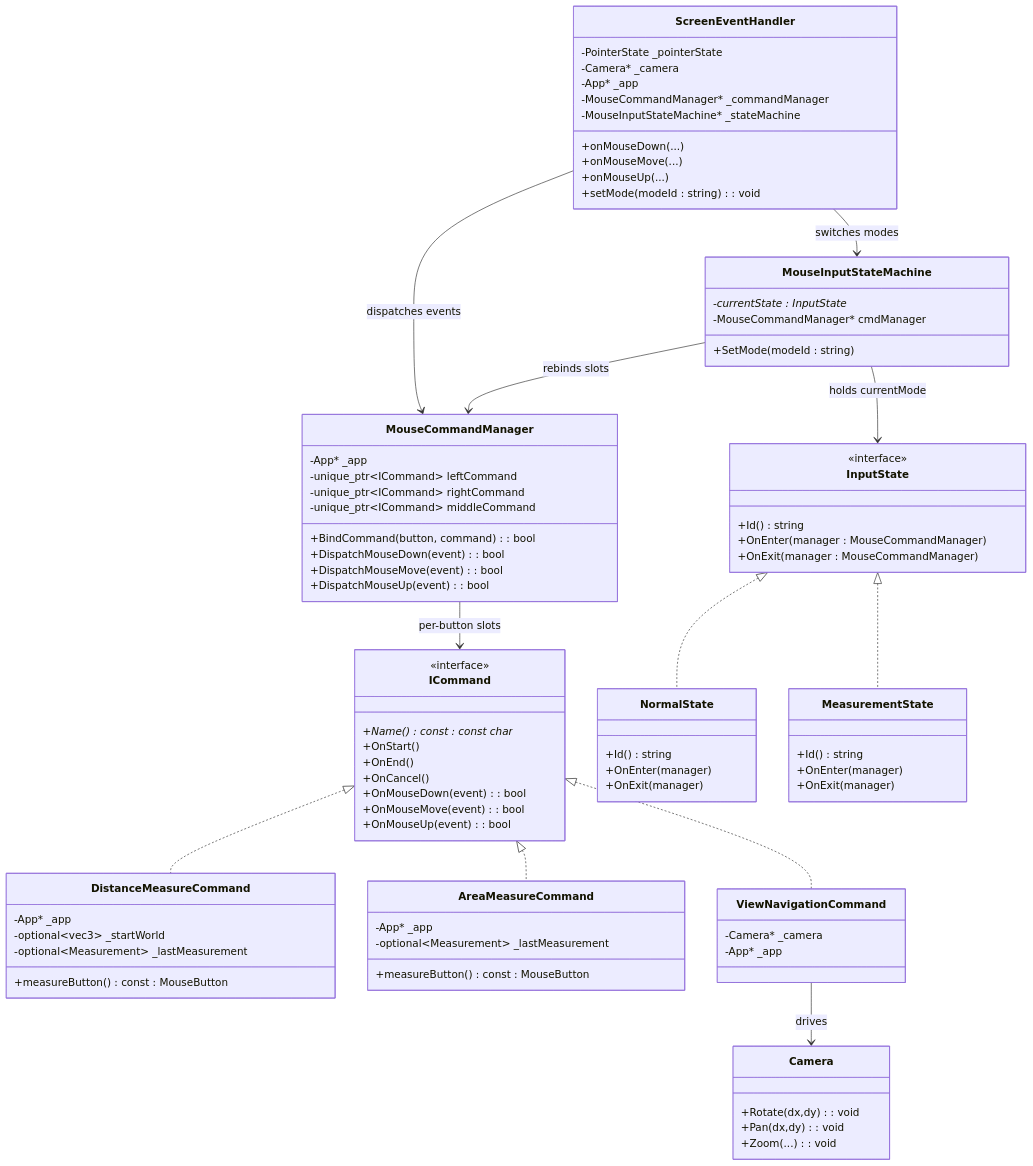
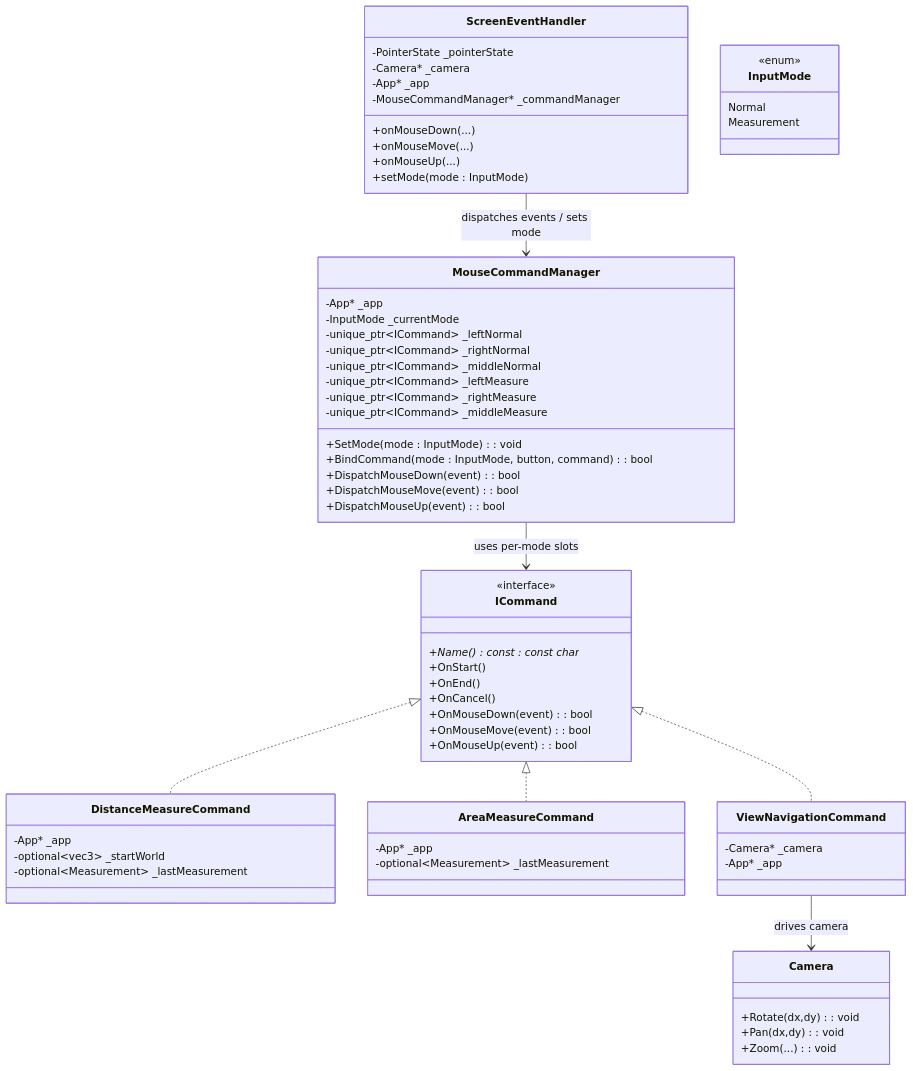
The fifth of 5 diagrams in GraphV3.md (vfa-khaidt1/vfa-cdn), drawn with Mermaid before and after one commit. The commit also changed other lines of this file, not shown here.

````diff
--- a/GraphV3.md
+++ b/GraphV3.md
@@ -255,11 +239,16 @@
         -Camera* _camera
         -App* _app
         -MouseCommandManager* _commandManager
-        -MouseInputStateMachine* _stateMachine
         +onMouseDown(...)
         +onMouseMove(...)
         +onMouseUp(...)
-        +setMode(modeId : string): void
+        +setMode(mode : InputMode)
+    }
+
+    class InputMode {
+        <<enum>>
+        Normal
+        Measurement
     }
 
     class ICommand {
@@ -275,10 +264,15 @@
 
     class MouseCommandManager {
         -App* _app
-        -unique_ptr~ICommand~ leftCommand
-        -unique_ptr~ICommand~ rightCommand
-        -unique_ptr~ICommand~ middleCommand
-        +BindCommand(button, command): bool
+        -InputMode _currentMode
+        -unique_ptr~ICommand~ _leftNormal
+        -unique_ptr~ICommand~ _rightNormal
+        -unique_ptr~ICommand~ _middleNormal
+        -unique_ptr~ICommand~ _leftMeasure
+        -unique_ptr~ICommand~ _rightMeasure
+        -unique_ptr~ICommand~ _middleMeasure
+        +SetMode(mode : InputMode): void
+        +BindCommand(mode : InputMode, button, command): bool
         +DispatchMouseDown(event): bool
         +DispatchMouseMove(event): bool
         +DispatchMouseUp(event): bool
@@ -288,13 +282,11 @@
         -App* _app
         -optional~vec3~ _startWorld
         -optional~Measurement~ _lastMeasurement
-        +measureButton() const : MouseButton
     }
 
     class AreaMeasureCommand {
         -App* _app
         -optional~Measurement~ _lastMeasurement
-        +measureButton() const : MouseButton
     }
 
     class ViewNavigationCommand {
@@ -308,43 +300,12 @@
         +Zoom(...): void
     }
 
-    class InputState {
-        <<interface>>
-        +Id() string
-        +OnEnter(manager : MouseCommandManager)
-        +OnExit(manager : MouseCommandManager)
-    }
-
-    class NormalState {
-        +Id() string
-        +OnEnter(manager)
-        +OnExit(manager)
-    }
-
-    class MeasurementState {
-        +Id() string
-        +OnEnter(manager)
-        +OnExit(manager)
-    }
-
-    class MouseInputStateMachine {
-        -currentState : InputState*
-        -MouseCommandManager* cmdManager
-        +SetMode(modeId : string)
-    }
-
     ICommand <|.. DistanceMeasureCommand
     ICommand <|.. ViewNavigationCommand
     ICommand <|.. AreaMeasureCommand
 
-    ScreenEventHandler --> MouseCommandManager : dispatches events
-    ScreenEventHandler --> MouseInputStateMachine : switches modes
-    MouseCommandManager --> ICommand : per-button slots
-    ViewNavigationCommand --> Camera : drives
+    ScreenEventHandler --> MouseCommandManager : dispatches events / sets mode
+    MouseCommandManager --> ICommand : uses per-mode slots
+    ViewNavigationCommand --> Camera : drives camera
 
-    InputState <|.. NormalState
-    InputState <|.. MeasurementState
-
-    MouseInputStateMachine --> InputState : holds currentMode
-    MouseInputStateMachine --> MouseCommandManager : rebinds slots
 ```
````
